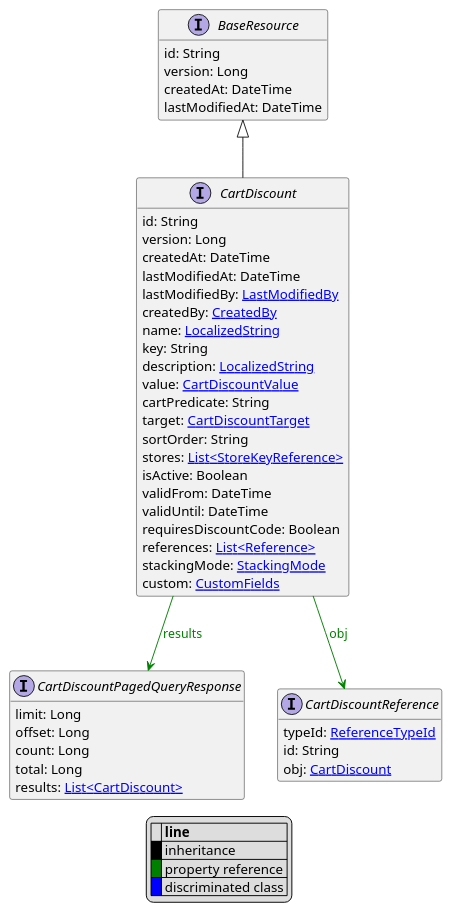
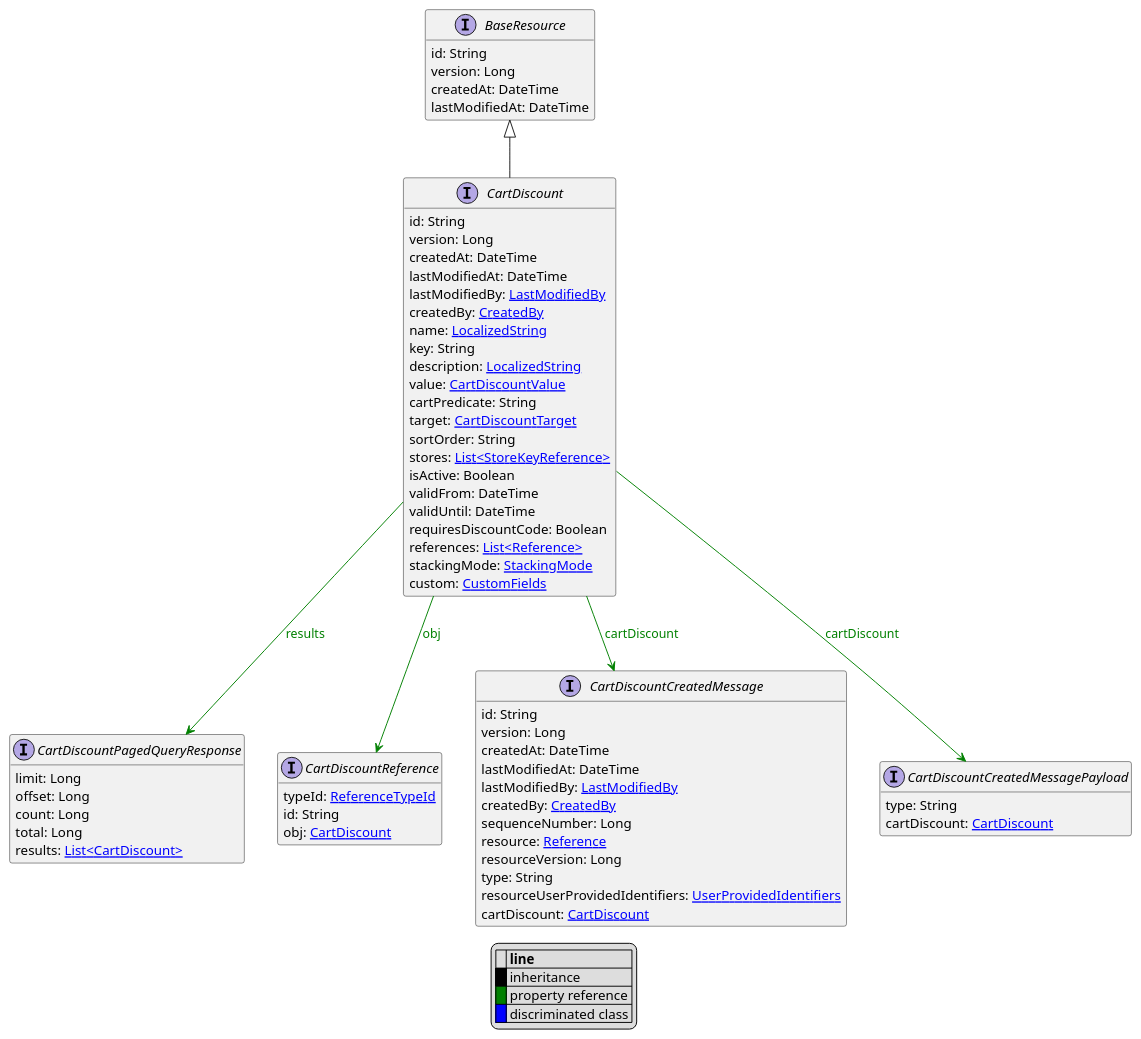
The diagram in uml/api/CartDiscount.puml (commercetools/commercetools-api-reference), drawn with PlantUML before and after one commit. The commit also changed 30 other files, not shown here.

```diff
--- a/uml/api/CartDiscount.puml
+++ b/uml/api/CartDiscount.puml
@@ -1,57 +1,77 @@
 @startuml
 
 hide empty fields
 hide empty methods
 legend
 |= |= line |
 |<back:black>   </back>| inheritance |
 |<back:green>   </back>| property reference |
 |<back:blue>   </back>| discriminated class |
 endlegend
 interface CartDiscount [[CartDiscount.svg]] extends BaseResource {
     id: String
     version: Long
     createdAt: DateTime
     lastModifiedAt: DateTime
     lastModifiedBy: [[LastModifiedBy.svg LastModifiedBy]]
     createdBy: [[CreatedBy.svg CreatedBy]]
     name: [[LocalizedString.svg LocalizedString]]
     key: String
     description: [[LocalizedString.svg LocalizedString]]
     value: [[CartDiscountValue.svg CartDiscountValue]]
     cartPredicate: String
     target: [[CartDiscountTarget.svg CartDiscountTarget]]
     sortOrder: String
     stores: [[StoreKeyReference.svg List<StoreKeyReference>]]
     isActive: Boolean
     validFrom: DateTime
     validUntil: DateTime
     requiresDiscountCode: Boolean
     references: [[Reference.svg List<Reference>]]
     stackingMode: [[StackingMode.svg StackingMode]]
     custom: [[CustomFields.svg CustomFields]]
 }
 interface BaseResource [[BaseResource.svg]]  {
     id: String
     version: Long
     createdAt: DateTime
     lastModifiedAt: DateTime
 }
 
 
 interface CartDiscountPagedQueryResponse [[CartDiscountPagedQueryResponse.svg]]  {
     limit: Long
     offset: Long
     count: Long
     total: Long
     results: [[CartDiscount.svg List<CartDiscount>]]
 }
 interface CartDiscountReference [[CartDiscountReference.svg]]  {
     typeId: [[ReferenceTypeId.svg ReferenceTypeId]]
     id: String
     obj: [[CartDiscount.svg CartDiscount]]
 }
+interface CartDiscountCreatedMessage [[CartDiscountCreatedMessage.svg]]  {
+    id: String
+    version: Long
+    createdAt: DateTime
+    lastModifiedAt: DateTime
+    lastModifiedBy: [[LastModifiedBy.svg LastModifiedBy]]
+    createdBy: [[CreatedBy.svg CreatedBy]]
+    sequenceNumber: Long
+    resource: [[Reference.svg Reference]]
+    resourceVersion: Long
+    type: String
+    resourceUserProvidedIdentifiers: [[UserProvidedIdentifiers.svg UserProvidedIdentifiers]]
+    cartDiscount: [[CartDiscount.svg CartDiscount]]
+}
+interface CartDiscountCreatedMessagePayload [[CartDiscountCreatedMessagePayload.svg]]  {
+    type: String
+    cartDiscount: [[CartDiscount.svg CartDiscount]]
+}
 
 CartDiscount --> CartDiscountPagedQueryResponse #green;text:green : "results"
 CartDiscount --> CartDiscountReference #green;text:green : "obj"
+CartDiscount --> CartDiscountCreatedMessage #green;text:green : "cartDiscount"
+CartDiscount --> CartDiscountCreatedMessagePayload #green;text:green : "cartDiscount"
 @enduml
```
